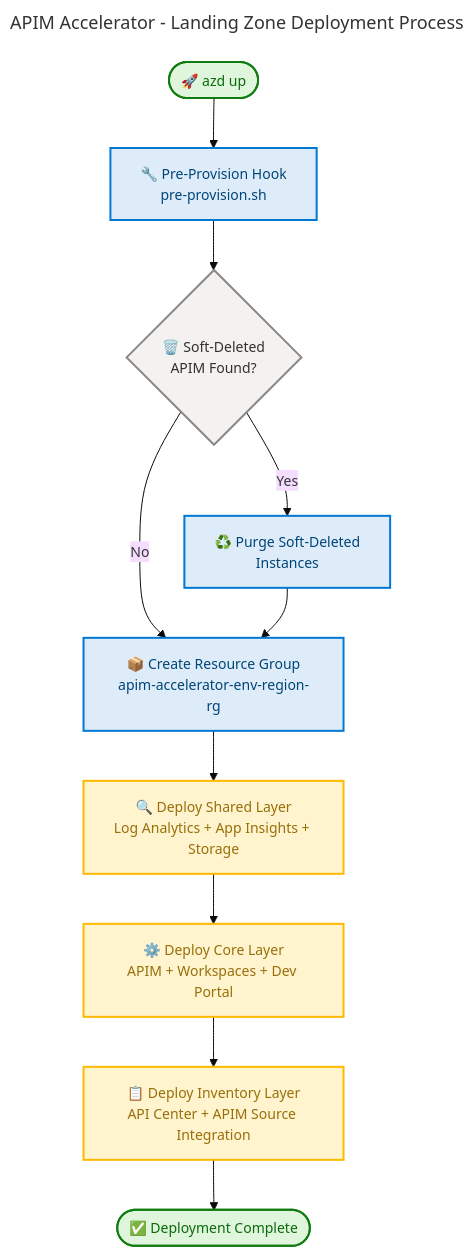
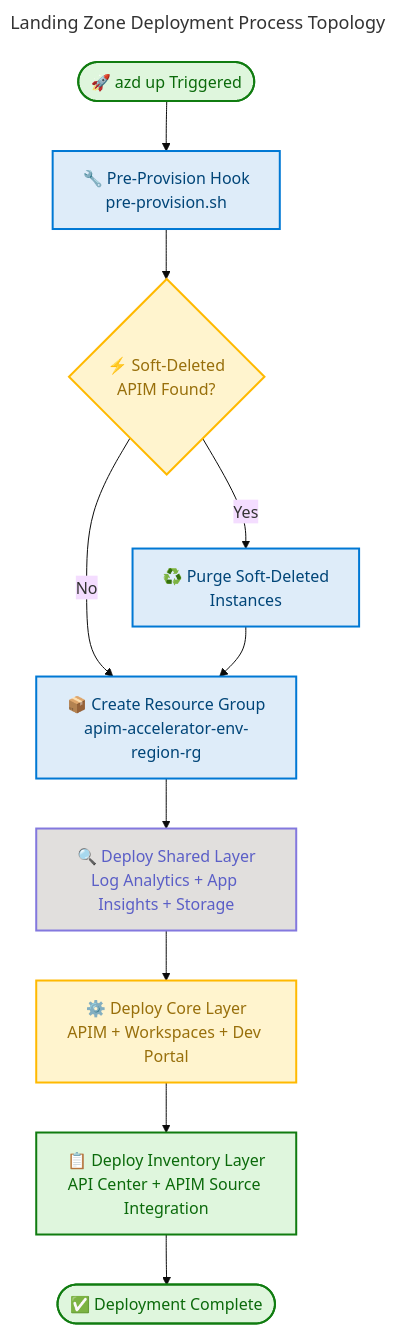
Before and after one commit to Evilazaro/APIM-Accelerator: the third of 7 diagrams in docs/architecture/business-architecture.md, drawn with Mermaid. The commit also changed other lines of this file, not shown here.

````diff
--- a/docs/architecture/business-architecture.md
+++ b/docs/architecture/business-architecture.md
@@ -243,31 +363,53 @@
 ```mermaid
 ---
-title: "APIM Accelerator - Landing Zone Deployment Process"
+title: "Landing Zone Deployment Process Topology"
 config:
   theme: base
   look: classic
   layout: dagre
   themeVariables:
-    fontSize: '14px'
-  flowchart:
-    htmlLabels: true
+    fontSize: '16px'
 ---
 flowchart TB
-    accTitle: Landing Zone Deployment Process Flow
+    accTitle: Landing Zone Deployment Process Topology
     accDescr: Shows the sequential deployment process from azd up through shared monitoring, core APIM platform, and API inventory governance layers
 
-    start(["🚀 azd up"]):::event --> hook
-    hook["🔧 Pre-Provision Hook\npre-provision.sh"]:::process --> purge{"🗑️ Soft-Deleted\nAPIM Found?"}:::decision
-    purge -- Yes --> cleanup["♻️ Purge Soft-Deleted\nInstances"]:::process
-    purge -- No --> rgCreate
-    cleanup --> rgCreate["📦 Create Resource Group\napim-accelerator-env-region-rg"]:::process
-    rgCreate --> shared["🔍 Deploy Shared Layer\nLog Analytics + App Insights + Storage"]:::capability
-    shared --> core["⚙️ Deploy Core Layer\nAPIM + Workspaces + Dev Portal"]:::capability
-    core --> inventory["📋 Deploy Inventory Layer\nAPI Center + APIM Source Integration"]:::capability
-    inventory --> done(["✅ Deployment Complete"]):::event
+    %% ═══════════════════════════════════════════════════════════════════════════
+    %% AZURE / FLUENT ARCHITECTURE PATTERN v1.1
+    %% (Semantic + Structural + Font + Accessibility Governance)
+    %% ═══════════════════════════════════════════════════════════════════════════
+    %% PHASE 1 - STRUCTURAL: Direction explicit, flat topology, nesting ≤ 3
+    %% PHASE 2 - SEMANTIC: Colors justified, max 5 semantic classes, neutral-first
+    %% PHASE 3 - FONT: Dark text on light backgrounds, contrast ≥ 4.5:1
+    %% PHASE 4 - ACCESSIBILITY: accTitle/accDescr present, icons on all nodes
+    %% PHASE 5 - STANDARD: Governance block present, classDefs centralized
+    %% ═══════════════════════════════════════════════════════════════════════════
 
-    classDef event fill:#DFF6DD,stroke:#107C10,stroke-width:2px,color:#0B6A0B
-    classDef process fill:#DEECF9,stroke:#0078D4,stroke-width:2px,color:#004578
-    classDef capability fill:#FFF4CE,stroke:#FFB900,stroke-width:2px,color:#986F0B
-    classDef decision fill:#F3F2F1,stroke:#8A8886,stroke-width:2px,color:#323130
+    start(["🚀 azd up Triggered"]):::success
+    hook["🔧 Pre-Provision Hook<br/>pre-provision.sh"]:::core
+    purge{"⚡ Soft-Deleted<br/>APIM Found?"}:::warning
+    cleanup["♻️ Purge Soft-Deleted<br/>Instances"]:::core
+    rgCreate["📦 Create Resource Group<br/>apim-accelerator-env-region-rg"]:::core
+    shared["🔍 Deploy Shared Layer<br/>Log Analytics + App Insights + Storage"]:::data
+    core["⚙️ Deploy Core Layer<br/>APIM + Workspaces + Dev Portal"]:::warning
+    inventory["📋 Deploy Inventory Layer<br/>API Center + APIM Source Integration"]:::success
+    done(["✅ Deployment Complete"]):::success
+
+    start --> hook
+    hook --> purge
+    purge -->|"Yes"| cleanup
+    purge -->|"No"| rgCreate
+    cleanup --> rgCreate
+    rgCreate --> shared
+    shared --> core
+    core --> inventory
+    inventory --> done
+
+    classDef neutral  fill:#FAFAFA,stroke:#8A8886,stroke-width:2px,color:#323130
+    classDef core     fill:#DEECF9,stroke:#0078D4,stroke-width:2px,color:#004578
+    classDef success  fill:#DFF6DD,stroke:#107C10,stroke-width:2px,color:#0B6A0B
+    classDef warning  fill:#FFF4CE,stroke:#FFB900,stroke-width:2px,color:#986F0B
+    classDef danger   fill:#FDE7E9,stroke:#E81123,stroke-width:2px,color:#A4262C
+    classDef data     fill:#E1DFDD,stroke:#8378DE,stroke-width:2px,color:#5B5FC7
+    classDef external fill:#F3F2F1,stroke:#605E5C,stroke-width:2px,color:#323130
 ```
````
